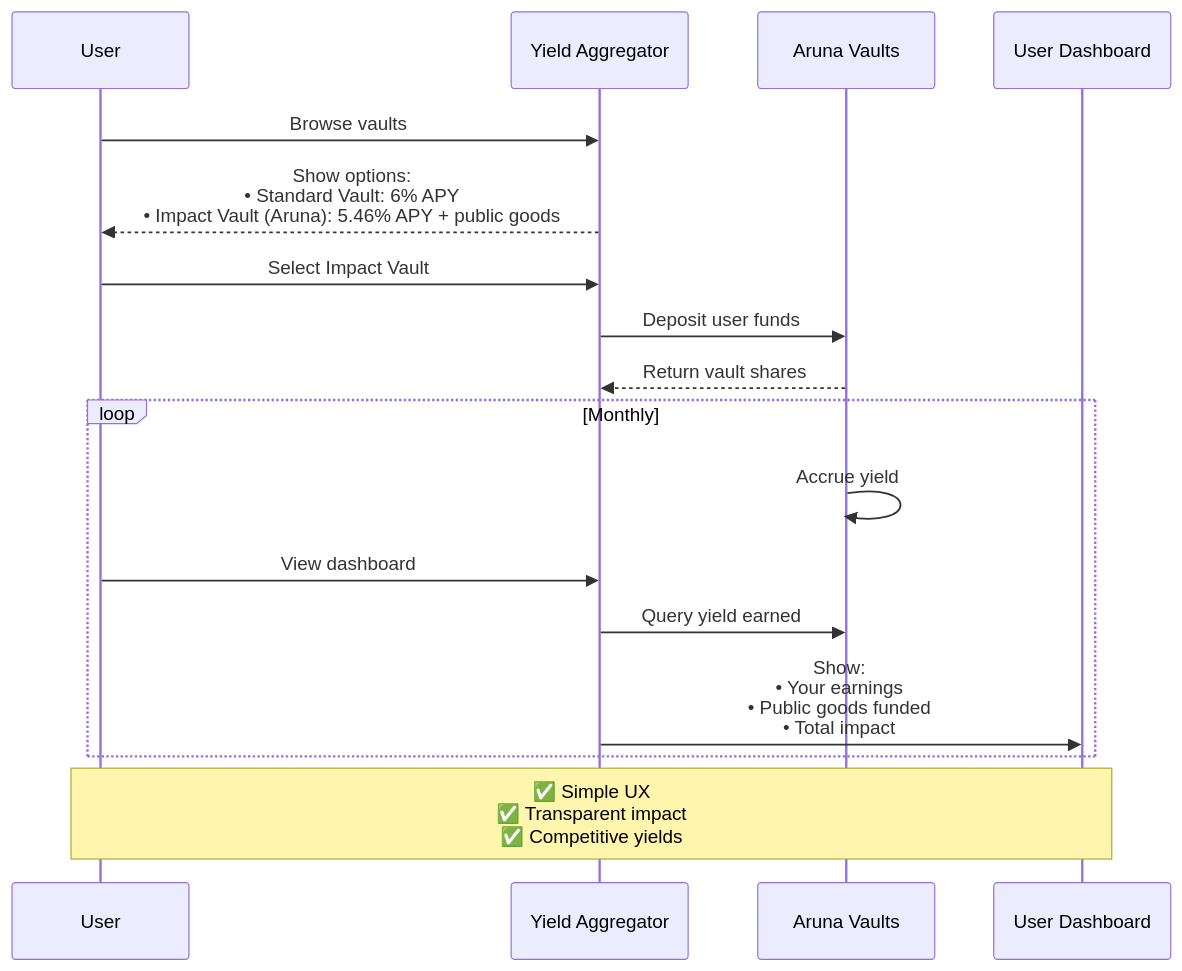
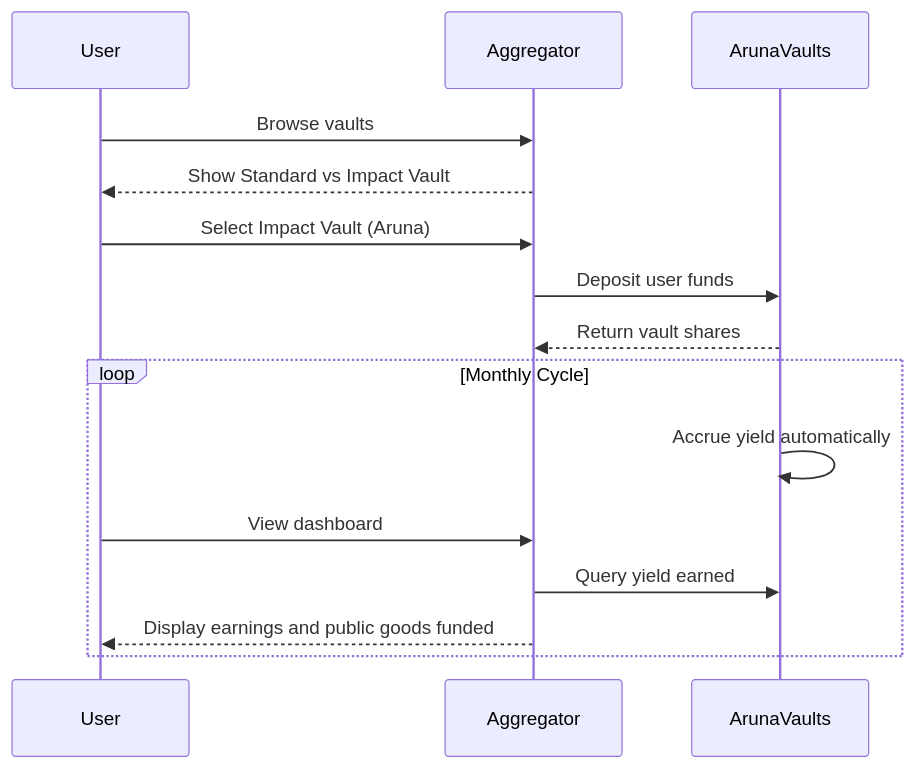
Before and after one commit to yeheskieltame/Aruna: the seventh of 7 diagrams in docs/use-cases.md, drawn with Mermaid. The commit also changed other lines of this file and 7 other files, not shown here.

````diff
--- a/docs/use-cases.md
+++ b/docs/use-cases.md
@@ -291,23 +246,20 @@
 ```mermaid
 sequenceDiagram
     participant User
-    participant Aggregator as Yield Aggregator
-    participant Aruna as Aruna Vaults
-    participant Display as User Dashboard
+    participant Aggregator
+    participant ArunaVaults
 
     User->>Aggregator: Browse vaults
-    Aggregator-->>User: Show options:<br/>• Standard Vault: 6% APY<br/>• Impact Vault (Aruna): 5.46% APY + public goods
+    Aggregator-->>User: Show Standard vs Impact Vault
 
-    User->>Aggregator: Select Impact Vault
-    Aggregator->>Aruna: Deposit user funds
-    Aruna-->>Aggregator: Return vault shares
+    User->>Aggregator: Select Impact Vault (Aruna)
+    Aggregator->>ArunaVaults: Deposit user funds
+    ArunaVaults-->>Aggregator: Return vault shares
 
-    loop Monthly
-        Aruna->>Aruna: Accrue yield
+    loop Monthly Cycle
+        ArunaVaults->>ArunaVaults: Accrue yield automatically
         User->>Aggregator: View dashboard
-        Aggregator->>Aruna: Query yield earned
-        Aggregator->>Display: Show:<br/>• Your earnings<br/>• Public goods funded<br/>• Total impact
+        Aggregator->>ArunaVaults: Query yield earned
+        Aggregator-->>User: Display earnings and public goods funded
     end
-
-    Note over User,Display: ✅ Simple UX<br/>✅ Transparent impact<br/>✅ Competitive yields
 ```
````
